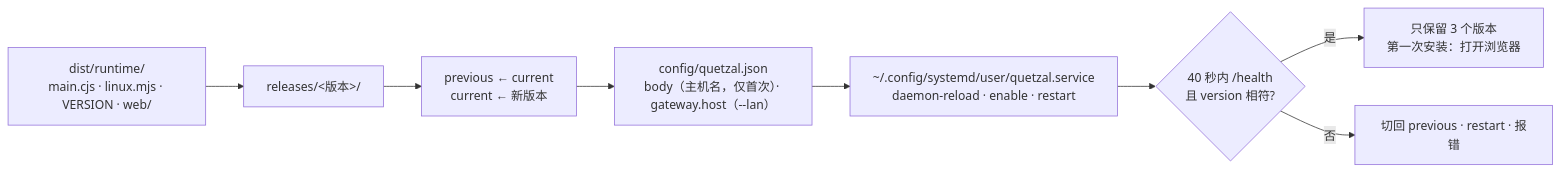
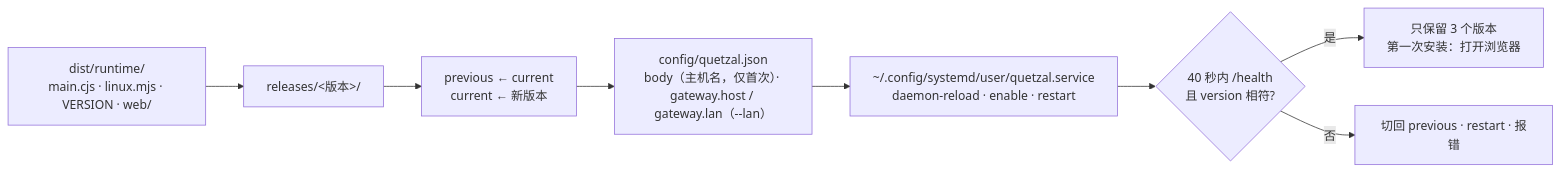
Before and after one commit to Causally-XYZ/Project.Quetzal: the diagram in cli/docs/ARCHITECTURE.md, drawn with Mermaid. The commit also changed other lines of this file and 43 other files, not shown here.

Commit message:
局域网加密：运行基座在局域网上只提供 HTTPS / WSS（自签名证书，端口 7789），明文 HTTP 只留在本机回环；配对用 PBKDF2 证明代替明文配对码，绑定看到的证书指纹，中间人拿不到配对码也冒充不了证书；App 配对后钉住证书（含图片、上传与听觉服务）；quetzal status 显示加密地址与指纹；证书用 @peculiar/asn1 编码、node:crypto 签名

````diff
--- a/cli/docs/ARCHITECTURE.md
+++ b/cli/docs/ARCHITECTURE.md
@@ -23,10 +25,10 @@
 ```mermaid
 flowchart LR
   A["dist/runtime/<br/>main.cjs · linux.mjs · VERSION · web/"] --> B["releases/<版本>/"]
   B --> C["previous ← current<br/>current ← 新版本"]
-  C --> D["config/quetzal.json<br/>body（主机名，仅首次）· gateway.host（--lan）"]
+  C --> D["config/quetzal.json<br/>body（主机名，仅首次）· gateway.host / gateway.lan（--lan）"]
   D --> E["~/.config/systemd/user/quetzal.service<br/>daemon-reload · enable · restart"]
   E --> F{"40 秒内 /health<br/>且 version 相符?"}
   F -- 是 --> G["只保留 3 个版本<br/>第一次安装：打开浏览器"]
   F -- 否 --> H["切回 previous · restart · 报错"]
 ```
````
